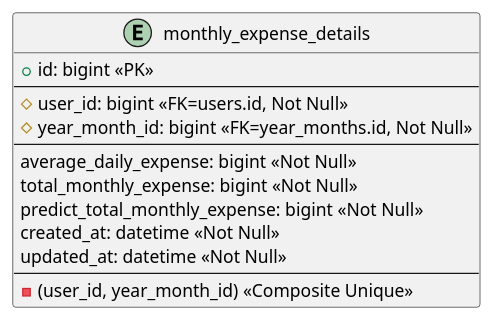
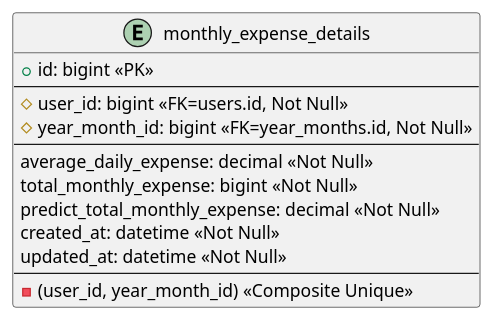
Before and after one commit to ZoveRKI/BookKeeping: the diagram in Plantuml/tables/monthly_expense_details.puml, drawn with PlantUML. The commit also changed 4 other files, not shown here.

Commit message:
fix: average and predict's data type from bigint to decimal

```diff
--- a/Plantuml/tables/monthly_expense_details.puml
+++ b/Plantuml/tables/monthly_expense_details.puml
@@ -1,18 +1,18 @@
 @startuml monthly_expense_details
 
 entity "monthly_expense_details" as monthly_expense_details {
     + id: bigint <<PK>>
     --
     # user_id: bigint <<FK=users.id, Not Null>>
     # year_month_id: bigint <<FK=year_months.id, Not Null>>
     --
-    average_daily_expense: bigint <<Not Null>>
+    average_daily_expense: decimal <<Not Null>>
     total_monthly_expense: bigint <<Not Null>>
-    predict_total_monthly_expense: bigint <<Not Null>>
+    predict_total_monthly_expense: decimal <<Not Null>>
     created_at: datetime <<Not Null>>
     updated_at: datetime <<Not Null>>
     --
     - (user_id, year_month_id) <<Composite Unique>>
 }
 
 @enduml
```
